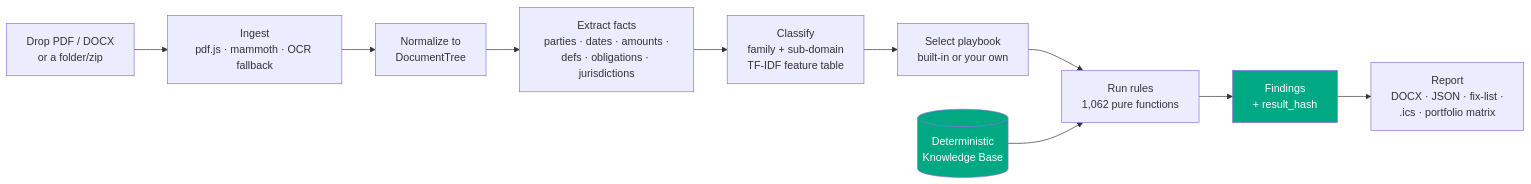
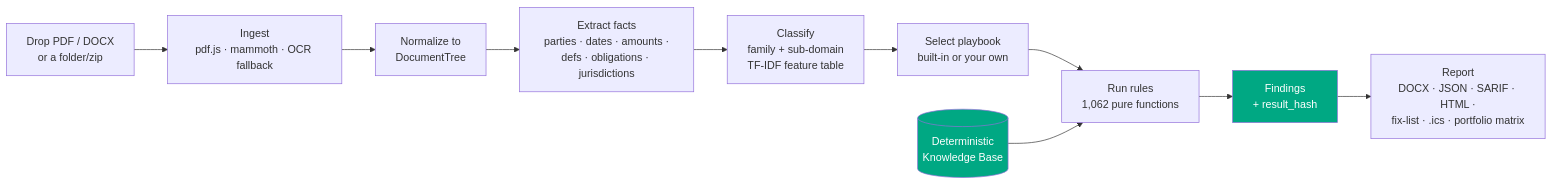
Before and after one commit to clay-good/vaulytica: the first of 6 diagrams in README.md, drawn with Mermaid. The commit also changed other lines of this file and 36 other files, not shown here.

````diff
--- a/README.md
+++ b/README.md
@@ -27,14 +27,14 @@
 ```mermaid
 flowchart LR
   A[Drop PDF / DOCX<br/>or a folder/zip] --> B[Ingest<br/>pdf.js · mammoth · OCR fallback]
   B --> C[Normalize to<br/>DocumentTree]
   C --> D[Extract facts<br/>parties · dates · amounts ·<br/>defs · obligations · jurisdictions]
   D --> E[Classify<br/>family + sub-domain<br/>TF-IDF feature table]
   E --> F[Select playbook<br/>built-in or your own]
   F --> G[Run rules<br/>1,062 pure functions]
   G --> H[Findings<br/>+ result_hash]
-  H --> I[Report<br/>DOCX · JSON · fix-list ·<br/>.ics · portfolio matrix]
+  H --> I[Report<br/>DOCX · JSON · SARIF · HTML ·<br/>fix-list · .ics · portfolio matrix]
   K[(Deterministic<br/>Knowledge Base)] --> G
   style K fill:#00A883,color:#fff
   style H fill:#00A883,color:#fff
 ```
````
